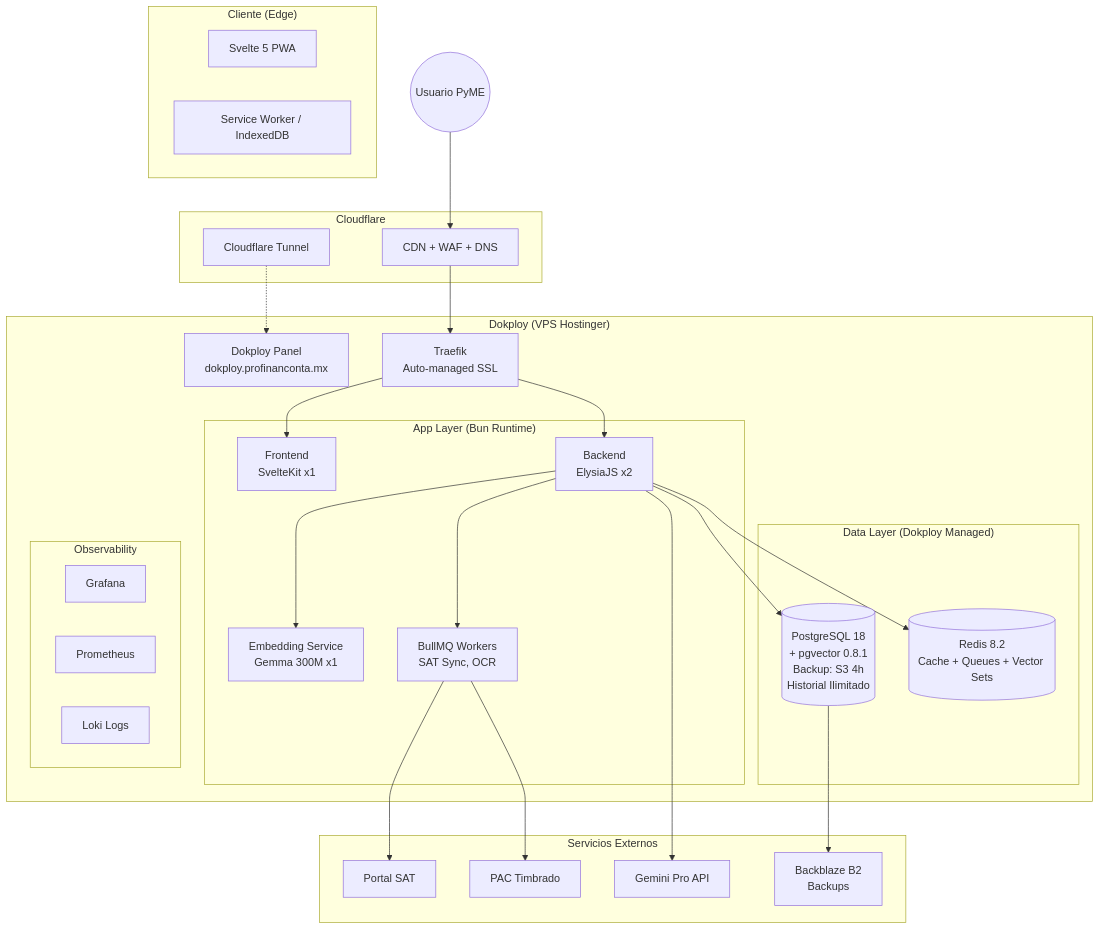
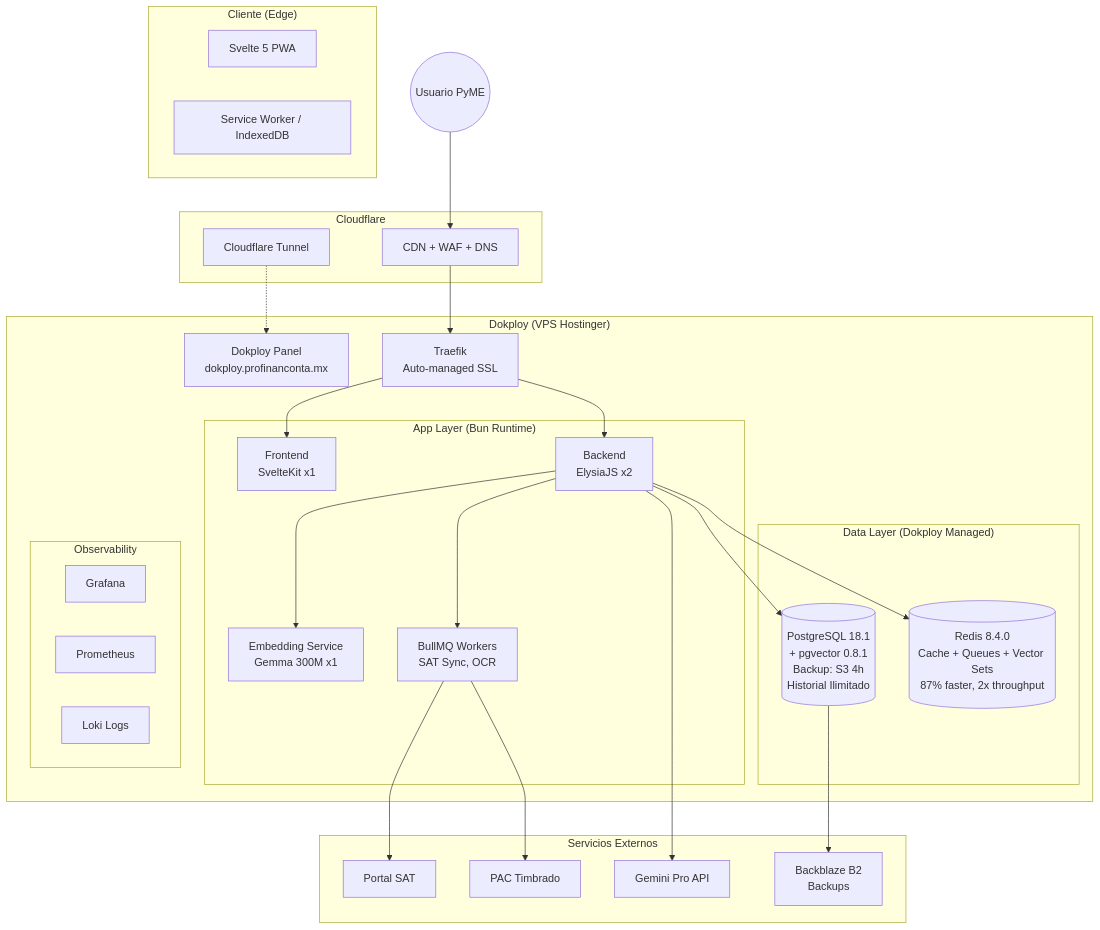
The first of 3 diagrams in 00_ARQUITECTURA_CENTRAL/02_BLUEPRINTS_VISUALES.md (UnivCabrera/mibiyuyo), drawn with Mermaid before and after one commit. The commit also changed other lines of this file and 20 other files, not shown here.

````diff
--- a/00_ARQUITECTURA_CENTRAL/02_BLUEPRINTS_VISUALES.md
+++ b/00_ARQUITECTURA_CENTRAL/02_BLUEPRINTS_VISUALES.md
@@ -10,58 +10,58 @@
 ```mermaid
 graph TD
     User((Usuario PyME))
 
     subgraph "Cliente (Edge)"
         PWA[Svelte 5 PWA]
         Offline[Service Worker / IndexedDB]
     end
 
     subgraph "Cloudflare"
         CF[CDN + WAF + DNS]
         Tunnel[Cloudflare Tunnel]
     end
 
     subgraph "Dokploy (VPS Hostinger)"
         Panel[Dokploy Panel<br/>dokploy.profinanconta.mx]
         Proxy[Traefik<br/>Auto-managed SSL]
 
         subgraph "App Layer (Bun Runtime)"
             Frontend[Frontend<br/>SvelteKit x1]
             API[Backend<br/>ElysiaJS x2]
             Embedding[Embedding Service<br/>Gemma 300M x1]
             Worker[BullMQ Workers<br/>SAT Sync, OCR]
         end
 
         subgraph "Data Layer (Dokploy Managed)"
-            DB[(PostgreSQL 18<br/>+ pgvector 0.8.1<br/>Backup: S3 4h<br/>Historial Ilimitado)]
-            Cache[(Redis 8.2<br/>Cache + Queues + Vector Sets)]
+            DB[(PostgreSQL 18.1<br/>+ pgvector 0.8.1<br/>Backup: S3 4h<br/>Historial Ilimitado)]
+            Cache[(Redis 8.4.0<br/>Cache + Queues + Vector Sets<br/>87% faster, 2x throughput)]
         end
 
         subgraph "Observability"
             Grafana[Grafana]
             Prom[Prometheus]
             Loki[Loki Logs]
         end
     end
 
     subgraph "Servicios Externos"
         SAT_Web[Portal SAT]
         PAC[PAC Timbrado]
         AI[Gemini Pro API]
         S3[Backblaze B2<br/>Backups]
     end
 
     User --> CF
     CF --> Proxy
     Tunnel -.-> Panel
     Proxy --> Frontend
     Proxy --> API
     API --> DB
     API --> Cache
     API --> Worker
     Worker --> SAT_Web
     Worker --> PAC
     API --> AI
     API --> Embedding
     DB --> S3
 ```
````
